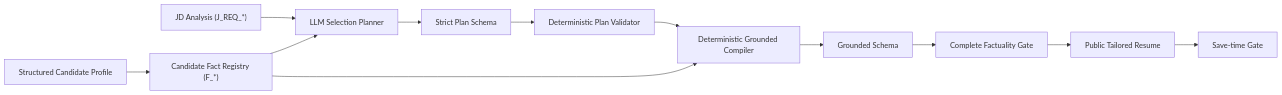
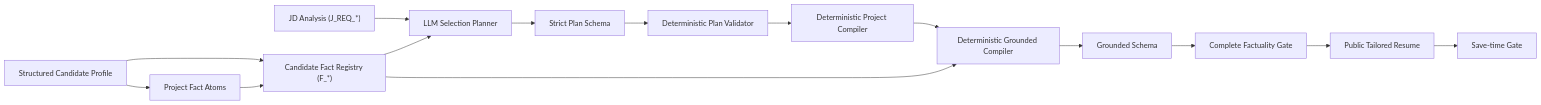
Before and after one commit to zhangjf314/Job-Agent: the diagram in docs/architecture/tailored-resume-pipeline.md, drawn with Mermaid. The commit also changed other lines of this file and 46 other files, not shown here.

````diff
--- a/docs/architecture/tailored-resume-pipeline.md
+++ b/docs/architecture/tailored-resume-pipeline.md
@@ -5,14 +5,17 @@
 ```mermaid
 flowchart LR
-    Profile["Structured Candidate Profile"] --> Registry["Candidate Fact Registry (F_*)"]
+    Profile["Structured Candidate Profile"] --> Atoms["Project Fact Atoms"]
+    Profile --> Registry["Candidate Fact Registry (F_*)"]
+    Atoms --> Registry
     JD["JD Analysis (J_REQ_*)"] --> Planner["LLM Selection Planner"]
     Registry --> Planner
     Planner --> PlanSchema["Strict Plan Schema"]
     PlanSchema --> Validator["Deterministic Plan Validator"]
-    Validator --> Compiler["Deterministic Grounded Compiler"]
+    Validator --> ProjectCompiler["Deterministic Project Compiler"]
+    ProjectCompiler --> Compiler["Deterministic Grounded Compiler"]
     Registry --> Compiler
     Compiler --> Grounded["Grounded Schema"]
     Grounded --> Factuality["Complete Factuality Gate"]
     Factuality --> Public["Public Tailored Resume"]
     Public --> Save["Save-time Gate"]
 ```
````
